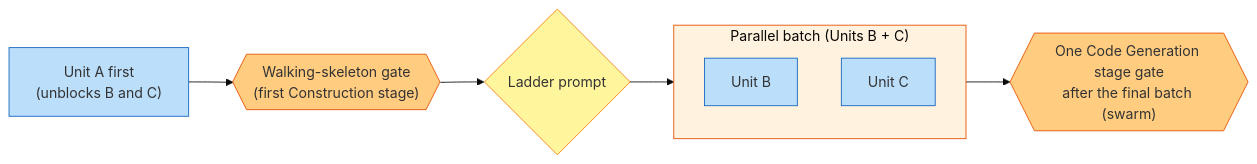
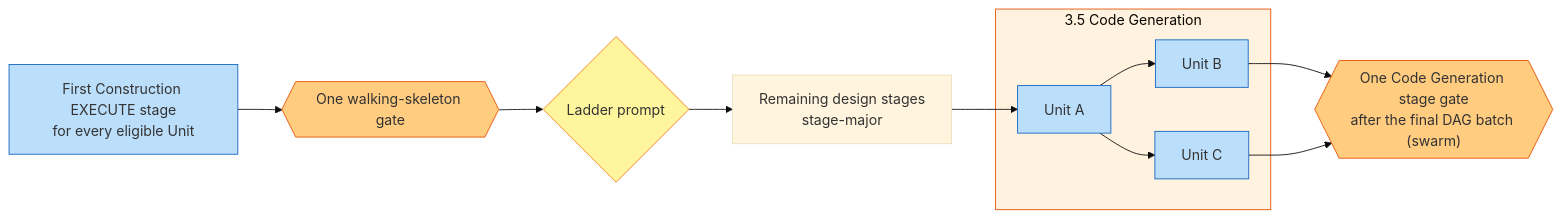
The fifth of 6 diagrams in docs/guide/04-phases-and-stages.md (awslabs/aidlc-workflows), drawn with Mermaid (base theme) before and after one commit. The commit also changed other lines of this file and 23 other files, not shown here.

````diff
--- a/docs/guide/04-phases-and-stages.md
+++ b/docs/guide/04-phases-and-stages.md
@@ -288,23 +288,30 @@
 ```mermaid
 flowchart LR
-    A["Unit A first\n(unblocks B and C)"]
-    GA{{"Walking-skeleton gate\n(first Construction stage)"}}
+    S1["First Construction EXECUTE stage\nfor every eligible Unit"]
+    GA{{"One walking-skeleton gate"}}
     L{"Ladder prompt"}
+    LATER["Remaining design stages\nstage-major"]
 
-    subgraph BATCH["Parallel batch (Units B + C)"]
+    subgraph CG["3.5 Code Generation"]
+        A["Unit A"]
         B["Unit B"]
         C["Unit C"]
     end
 
-    GBC{{"One Code Generation stage gate\nafter the final batch (swarm)"}}
+    GBC{{"One Code Generation stage gate\nafter the final DAG batch (swarm)"}}
 
-    A --> GA --> L --> BATCH --> GBC
+    S1 --> GA --> L --> LATER --> A
+    A --> B
+    A --> C
+    B --> GBC
+    C --> GBC
 
-    style A fill:#bbdefb,stroke:#1565c0
+    style S1 fill:#bbdefb,stroke:#1565c0
     style GA fill:#ffcc80,stroke:#e65100
     style L fill:#fff59d,stroke:#f57f17
+    style A fill:#bbdefb,stroke:#1565c0
     style B fill:#bbdefb,stroke:#1565c0
     style C fill:#bbdefb,stroke:#1565c0
-    style BATCH fill:#fff3e0,stroke:#e65100
+    style CG fill:#fff3e0,stroke:#e65100
     style GBC fill:#ffcc80,stroke:#e65100
 ```
````
